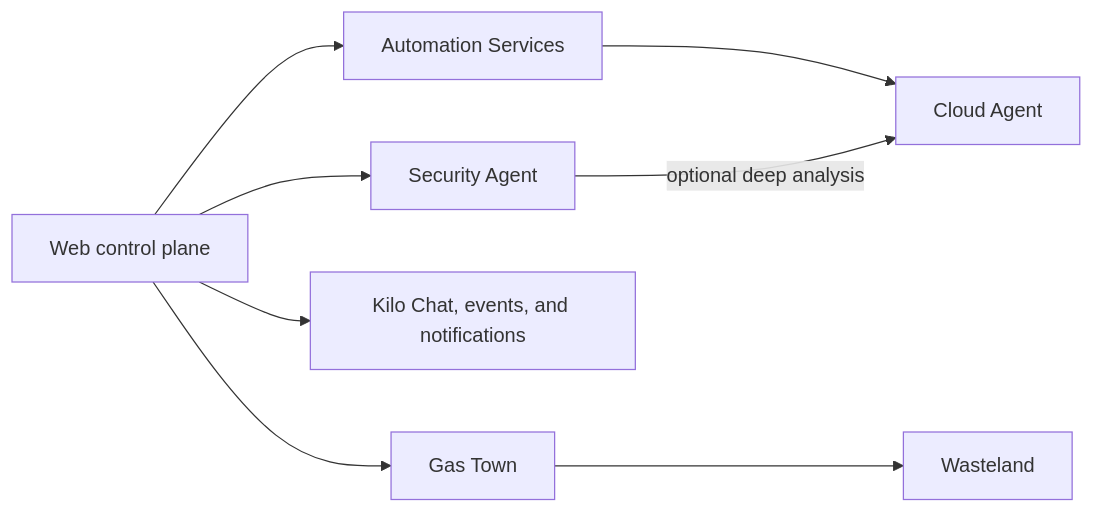
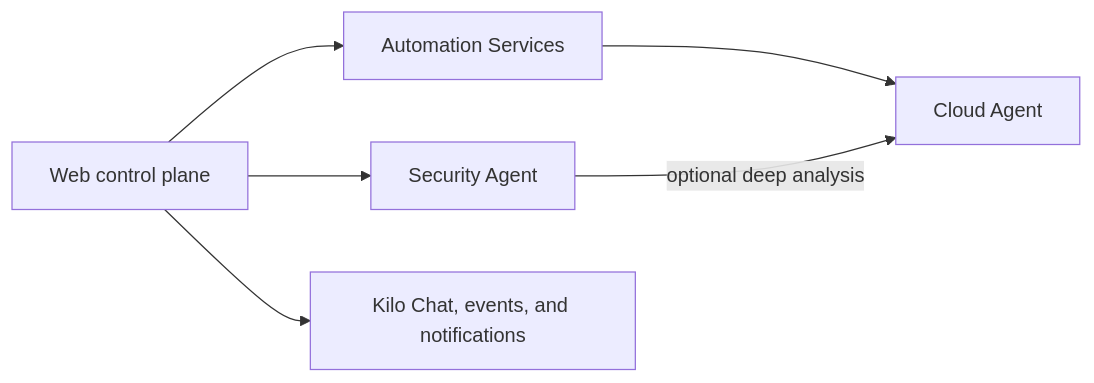
The second of 2 diagrams in packages/kilo-docs/pages/contributing/architecture/index.md (Kilo-Org/kilocode), drawn with Mermaid before and after one commit. The commit also changed other lines of this file and 34 other files, not shown here.

First line of the commit message:
docs: remove Gas Town documentation

````diff
--- a/packages/kilo-docs/pages/contributing/architecture/index.md
+++ b/packages/kilo-docs/pages/contributing/architecture/index.md
@@ -128,16 +128,13 @@
 ```mermaid
 flowchart LR
   web["Web control plane"]
   workers["Automation Services"]
   agent["Cloud Agent"]
   security["Security Agent"]
   chat["Kilo Chat, events, and notifications"]
-  town["Gas Town"]
-  wasteland["Wasteland"]
 
   web --> workers --> agent
   web --> security
   security -->|"optional deep analysis"| agent
   web --> chat
-  web --> town --> wasteland
 ```
````
